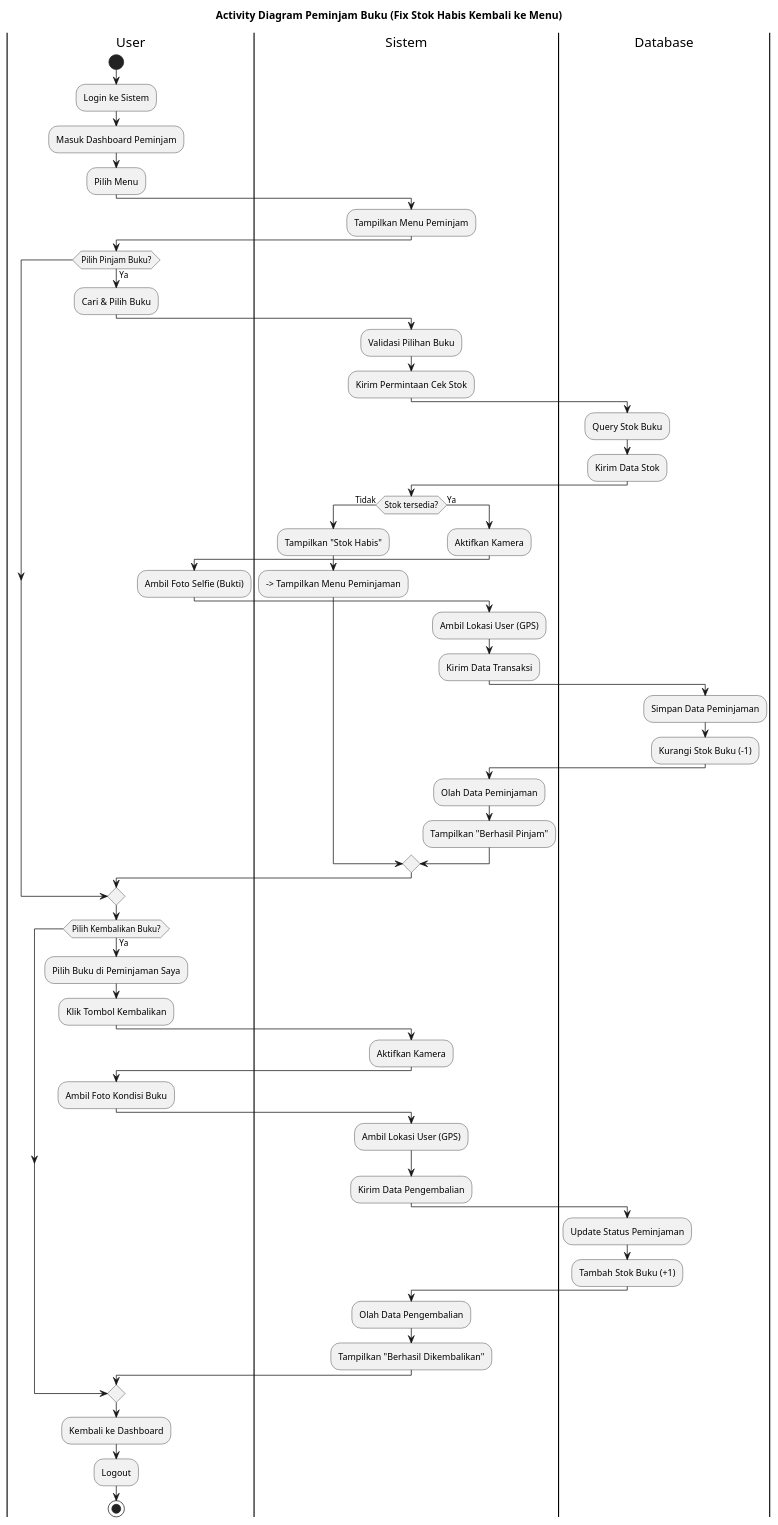
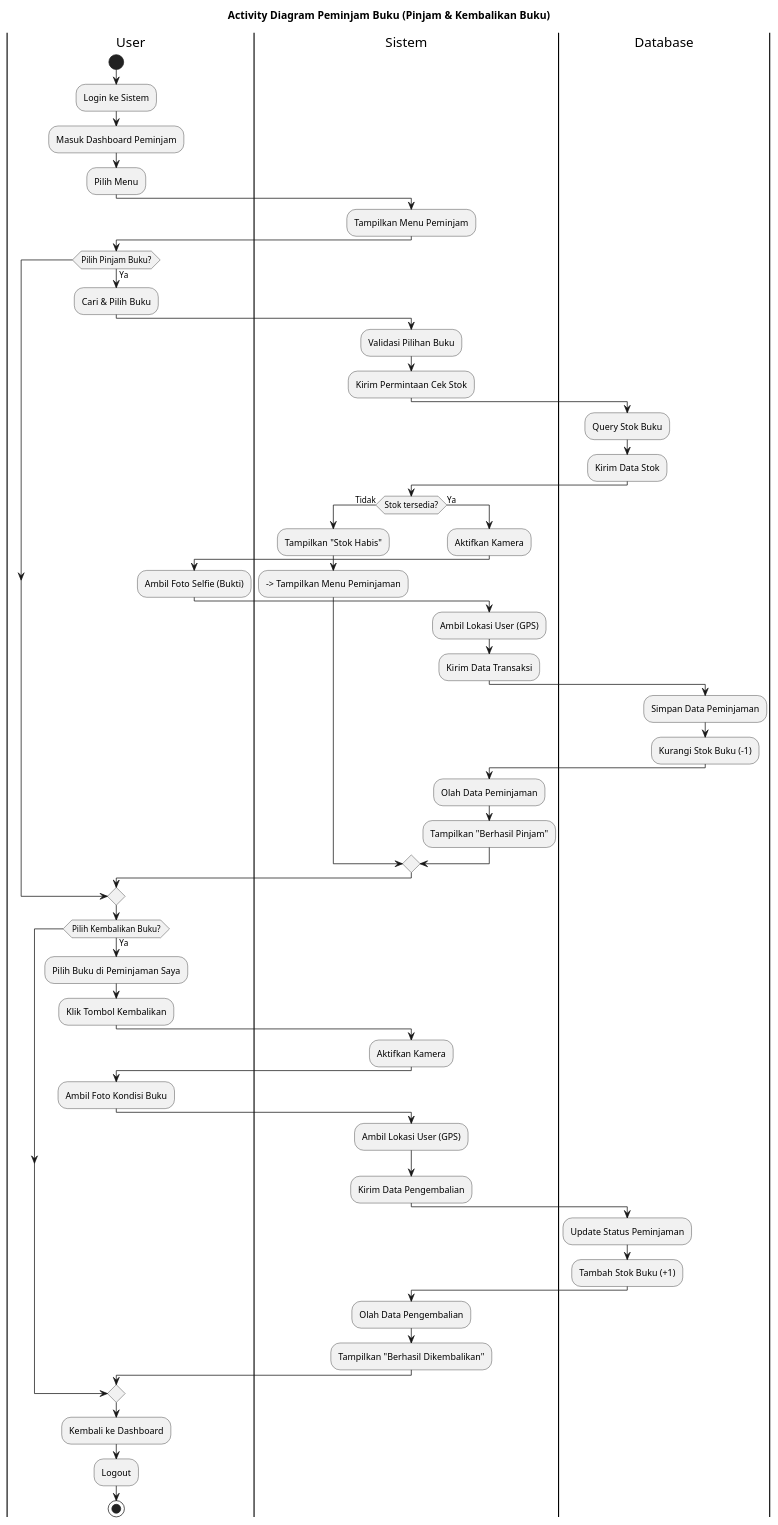
Before and after one commit to A-PPAW-TI503P-2025/PROJECT_KELOMPOK2_LOKASI-KAMERA: the diagram in act-diagram-user.puml, drawn with PlantUML.

Commit message:
ganti nama act peminajman buku

```diff
--- a/act-diagram-user.puml
+++ b/act-diagram-user.puml
@@ -1,79 +1,79 @@
 @startuml
-title Activity Diagram Peminjam Buku (Fix Stok Habis Kembali ke Menu)
+title Activity Diagram Peminjam Buku (Pinjam & Kembalikan Buku)
 
 |User|
 start
 :Login ke Sistem;
 :Masuk Dashboard Peminjam;
 
 :Pilih Menu;
 
 |Sistem|
 :Tampilkan Menu Peminjam;
 
 |User|
 if (Pilih Pinjam Buku?) then (Ya)
     :Cari & Pilih Buku;
 
     |Sistem|
     :Validasi Pilihan Buku;
     :Kirim Permintaan Cek Stok;
 
     |Database|
     :Query Stok Buku;
     :Kirim Data Stok;
 
     |Sistem|
     if (Stok tersedia?) then (Tidak)
         :Tampilkan "Stok Habis";
         --> Tampilkan Menu Peminjaman
     else (Ya)
         :Aktifkan Kamera;
 
 
         |User|
         :Ambil Foto Selfie (Bukti);
 
         |Sistem|
         :Ambil Lokasi User (GPS);
         :Kirim Data Transaksi;
 
         |Database|
         :Simpan Data Peminjaman;
         :Kurangi Stok Buku (-1);
 
         |Sistem|
         :Olah Data Peminjaman;
         :Tampilkan "Berhasil Pinjam";
     endif
 endif
 
 |User|
 if (Pilih Kembalikan Buku?) then (Ya)
     :Pilih Buku di Peminjaman Saya;
     :Klik Tombol Kembalikan;
 
     |Sistem|
     :Aktifkan Kamera;
 
     |User|
     :Ambil Foto Kondisi Buku;
 
     |Sistem|
     :Ambil Lokasi User (GPS);
     :Kirim Data Pengembalian;
 
     |Database|
     :Update Status Peminjaman;
     :Tambah Stok Buku (+1);
 
     |Sistem|
     :Olah Data Pengembalian;
     :Tampilkan "Berhasil Dikembalikan";
 endif
 
 |User|
 :Kembali ke Dashboard;
 :Logout;
 stop
 @enduml
```
